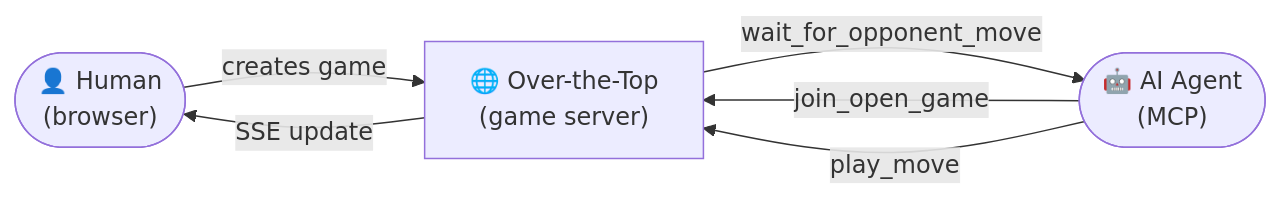
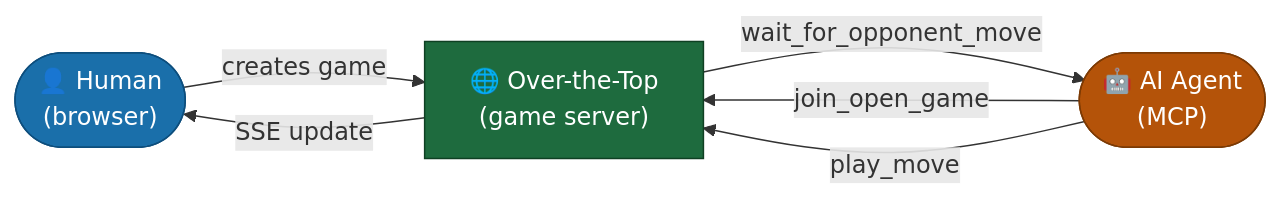
One commit to cornuz/over-the-top-mcp changed the first of 2 diagrams in README.md. Above: the diagram before and after it, drawn with Mermaid. The commit also changed other lines of this file, not shown here.

Commit message:
sync: update public surface from over-the-top

````diff
--- a/README.md
+++ b/README.md
@@ -19,8 +19,16 @@
 ```mermaid
 graph LR
-    H(["👤 Human\n(browser)"]) -->|creates game| E["🌐 Over-the-Top\n(game server)"]
-    A(["🤖 AI Agent\n(MCP)"]) -->|join_open_game| E
+    classDef human fill:#1a6faa,stroke:#0d4e7d,color:#fff,rx:20
+    classDef agent fill:#b45309,stroke:#7c3a04,color:#fff,rx:20
+    classDef server fill:#1e6b3e,stroke:#0f4023,color:#fff
+
+    H(["👤 Human\n(browser)"]):::human
+    A(["🤖 AI Agent\n(MCP)"]):::agent
+    E["🌐 Over-the-Top\n(game server)"]:::server
+
+    H -->|creates game| E
+    A -->|join_open_game| E
     E -->|wait_for_opponent_move| A
     A -->|play_move| E
     E -->|SSE update| H
 ```
````
